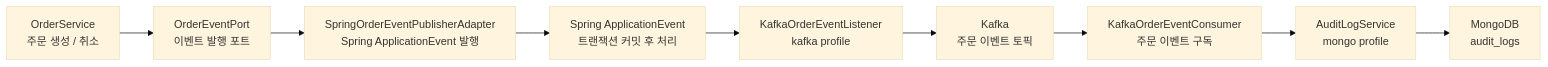
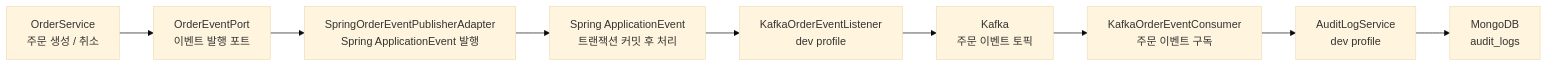
Before and after one commit to dongyongChoi/toy-commerce-platform: the third of 3 diagrams in README.md, drawn with Mermaid (base theme). The commit also changed other lines of this file and 12 other files, not shown here.

````diff
--- a/README.md
+++ b/README.md
@@ -94,11 +94,11 @@
 ```mermaid
 flowchart LR
     OrderService["OrderService<br/>주문 생성 / 취소"] --> EventPort["OrderEventPort<br/>이벤트 발행 포트"]
     EventPort --> SpringEventAdapter["SpringOrderEventPublisherAdapter<br/>Spring ApplicationEvent 발행"]
     SpringEventAdapter --> SpringEvent["Spring ApplicationEvent<br/>트랜잭션 커밋 후 처리"]
-    SpringEvent --> KafkaListener["KafkaOrderEventListener<br/>kafka profile"]
+    SpringEvent --> KafkaListener["KafkaOrderEventListener<br/>dev profile"]
     KafkaListener --> Kafka["Kafka<br/>주문 이벤트 토픽"]
     Kafka --> KafkaConsumer["KafkaOrderEventConsumer<br/>주문 이벤트 구독"]
-    KafkaConsumer --> AuditService["AuditLogService<br/>mongo profile"]
+    KafkaConsumer --> AuditService["AuditLogService<br/>dev profile"]
     AuditService --> MongoDB["MongoDB<br/>audit_logs"]
 ```
````
